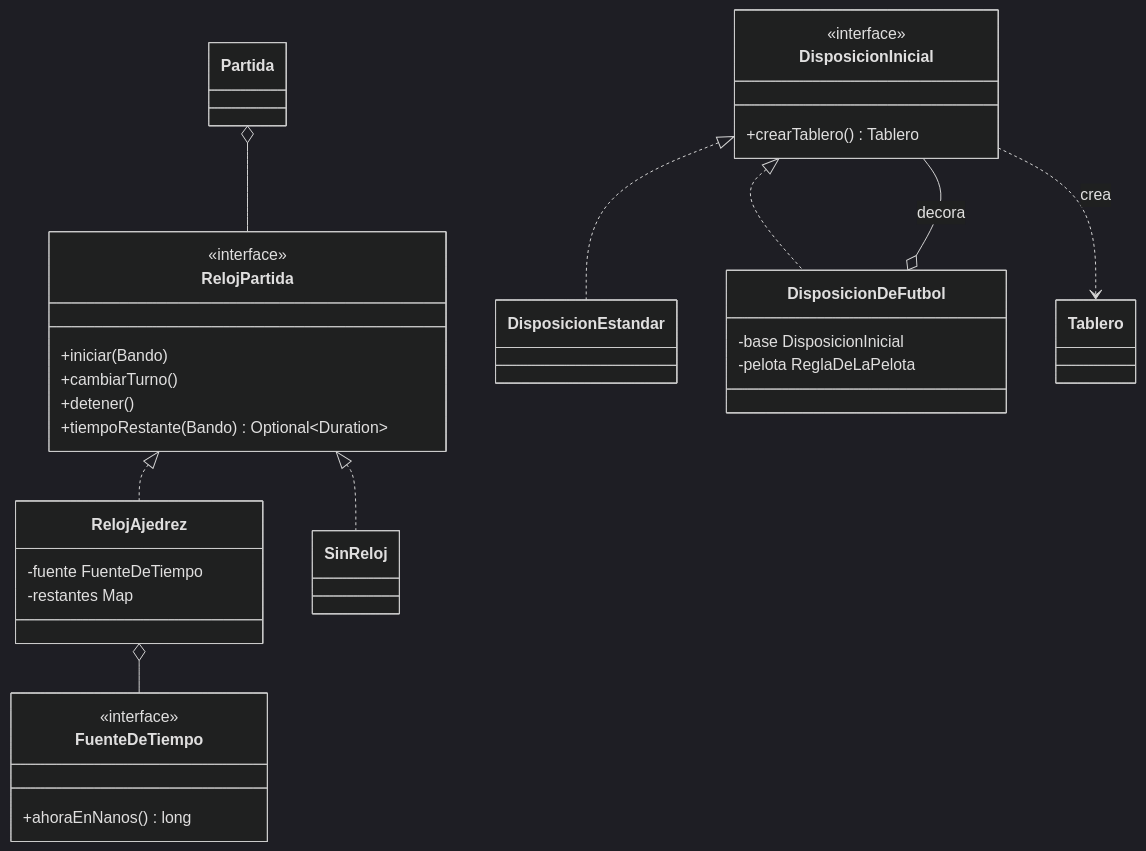
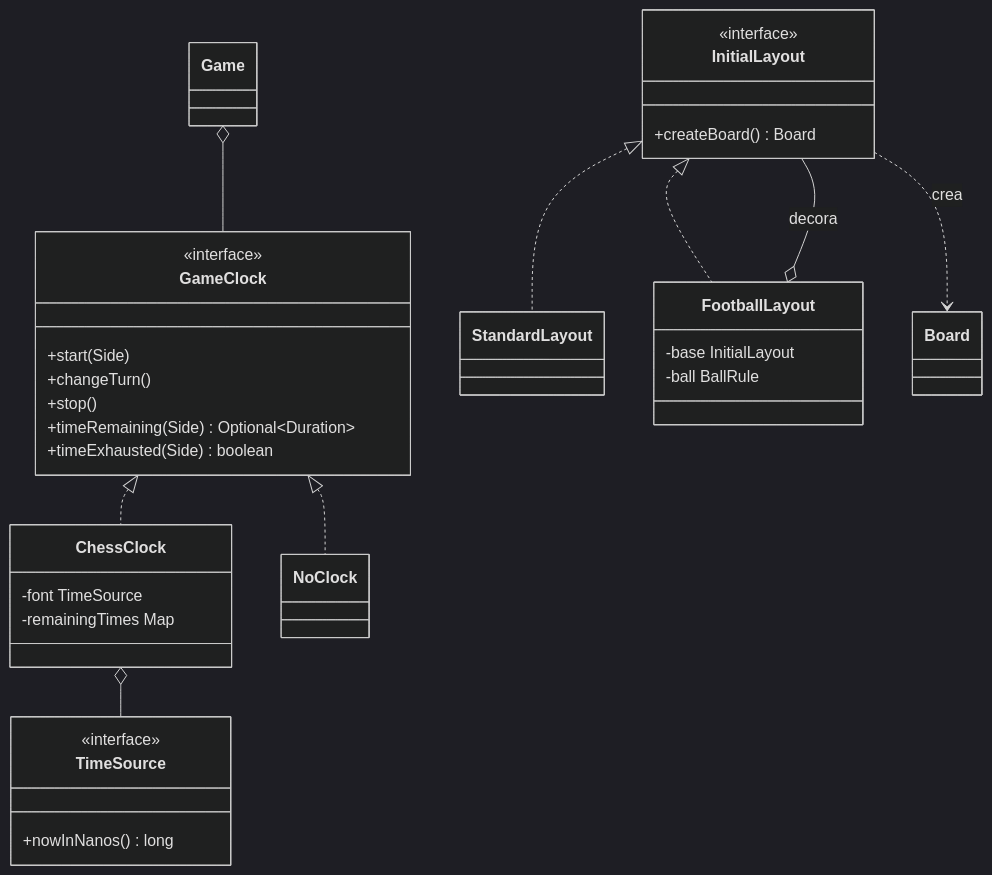
The fourth of 4 diagrams in docs/uml/05-partida.md (JoaquinIgnacioCampos/Chiquichess), drawn with Mermaid (dark theme) before and after one commit. The commit also changed other lines of this file and 12 other files, not shown here.

First line of the commit message:
Actualiza el UML al código en inglés y suma las clases nuevas

````diff
--- a/docs/uml/05-partida.md
+++ b/docs/uml/05-partida.md
@@ -251,41 +251,42 @@
 ```mermaid
 classDiagram
     direction TB
 
-    class RelojPartida {
+    class GameClock {
         <<interface>>
-        +iniciar(Bando)
-        +cambiarTurno()
-        +detener()
-        +tiempoRestante(Bando) Optional~Duration~
+        +start(Side)
+        +changeTurn()
+        +stop()
+        +timeRemaining(Side) Optional~Duration~
+        +timeExhausted(Side) boolean
     }
-    class RelojAjedrez {
-        -fuente FuenteDeTiempo
-        -restantes Map
+    class ChessClock {
+        -font TimeSource
+        -remainingTimes Map
     }
-    class SinReloj
-    class FuenteDeTiempo {
+    class NoClock
+    class TimeSource {
         <<interface>>
-        +ahoraEnNanos() long
+        +nowInNanos() long
     }
 
-    class DisposicionInicial {
+    class InitialLayout {
         <<interface>>
-        +crearTablero() Tablero
+        +createBoard() Board
     }
-    class DisposicionEstandar
-    class DisposicionDeFutbol {
-        -base DisposicionInicial
-        -pelota ReglaDeLaPelota
+    class StandardLayout
+    class FootballLayout {
+        -base InitialLayout
+        -ball BallRule
     }
 
-    Partida o-- RelojPartida
-    DisposicionInicial ..> Tablero : crea
-    RelojPartida <|.. RelojAjedrez
-    RelojPartida <|.. SinReloj
-    RelojAjedrez o-- FuenteDeTiempo
+    Game o-- GameClock
+    InitialLayout ..> Board : crea
+    GameClock <|.. ChessClock
+    GameClock <|.. NoClock
+    ChessClock o-- TimeSource
 
-    DisposicionInicial <|.. DisposicionEstandar
-    DisposicionInicial <|.. DisposicionDeFutbol
-    DisposicionDeFutbol o-- DisposicionInicial : decora
+    InitialLayout <|.. StandardLayout
+    InitialLayout <|.. FootballLayout
+    FootballLayout o-- InitialLayout : decora
 ```
````
